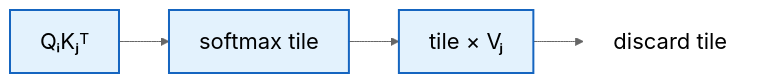
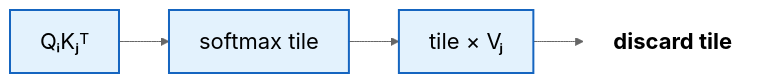
One commit to chizkidd/chizkidd.github.io changed the third of 4 diagrams in _posts/2026-09-13-flashattention.md. Above: the diagram before and after it, drawn with Mermaid (neutral theme). The commit also changed other lines of this file, not shown here.

```diff
--- a/_posts/2026-09-13-flashattention.md
+++ b/_posts/2026-09-13-flashattention.md
@@ -359,12 +359,12 @@
 <div class="mermaid" style="margin: 2rem 0;">
 flowchart LR
     QK["QᵢKⱼᵀ"] --> Softmax["softmax tile"]
     Softmax --> PV["tile × Vⱼ"]
     PV --> Discard["discard tile"]
 
     classDef boxed fill:#e3f2fd,stroke:#1565c0,stroke-width:2px,font-size:22px
-    classDef plain fill:none,stroke:none,font-size:22px
+    classDef plain fill:none,stroke:none,font-size:22px,font-weight:bold
 
     class QK,Softmax,PV boxed
     class Discard plain
 </div>
```
